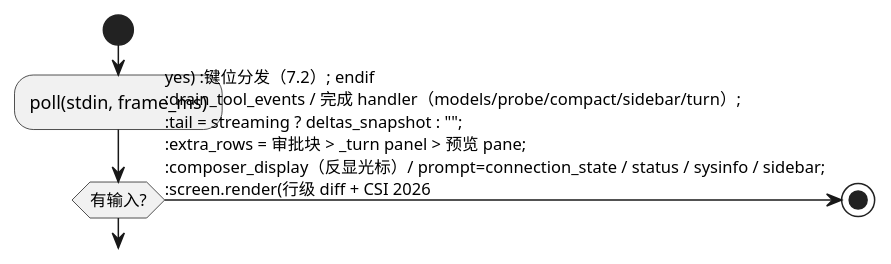
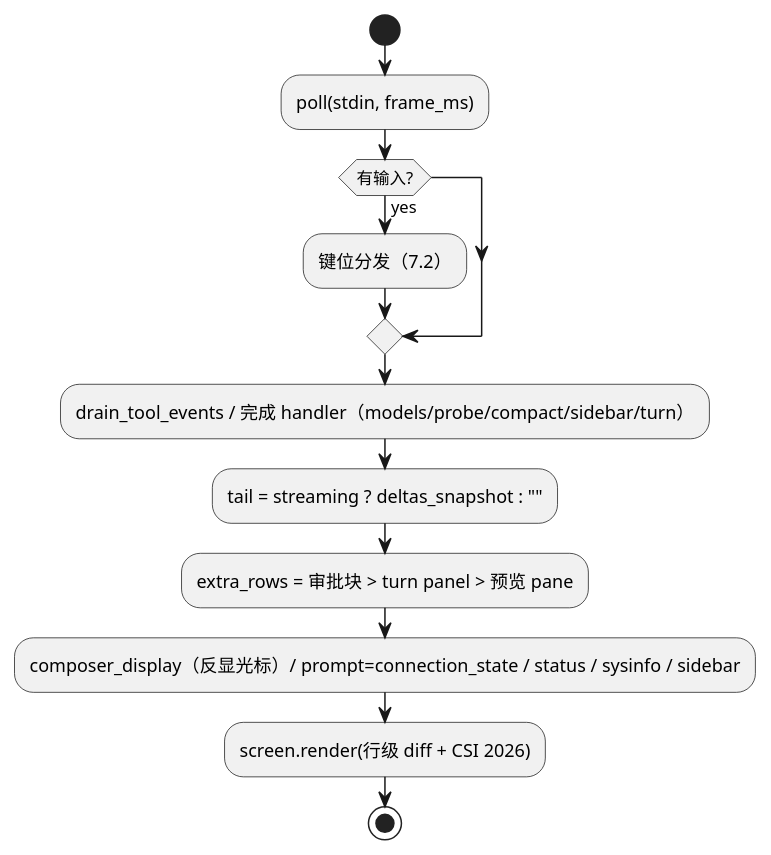
One commit to Lethe-cc/mini-agent changed the tenth of 10 diagrams in docs/design/020-state-machines.md. Above: the diagram before and after it, drawn with PlantUML. The commit also changed other lines of this file, not shown here.

First line of the commit message:
docs: 020 fix PlantUML activity syntax (multi-line if/repeat, no inline stop)

````diff
--- a/docs/design/020-state-machines.md
+++ b/docs/design/020-state-machines.md
@@ -223,13 +229,15 @@
 ```plantuml
 @startuml frame-activity
 start
 :poll(stdin, frame_ms);
-if (有输入?) then (yes) :键位分发（7.2）; endif
+if (有输入?) then (yes)
+  :键位分发（7.2）;
+endif
 :drain_tool_events / 完成 handler（models/probe/compact/sidebar/turn）;
 :tail = streaming ? deltas_snapshot : "";
-:extra_rows = 审批块 > _turn panel > 预览 pane;
+:extra_rows = 审批块 > turn panel > 预览 pane;
 :composer_display（反显光标）/ prompt=connection_state / status / sysinfo / sidebar;
 :screen.render(行级 diff + CSI 2026);
 stop
 @enduml
 ```
````
